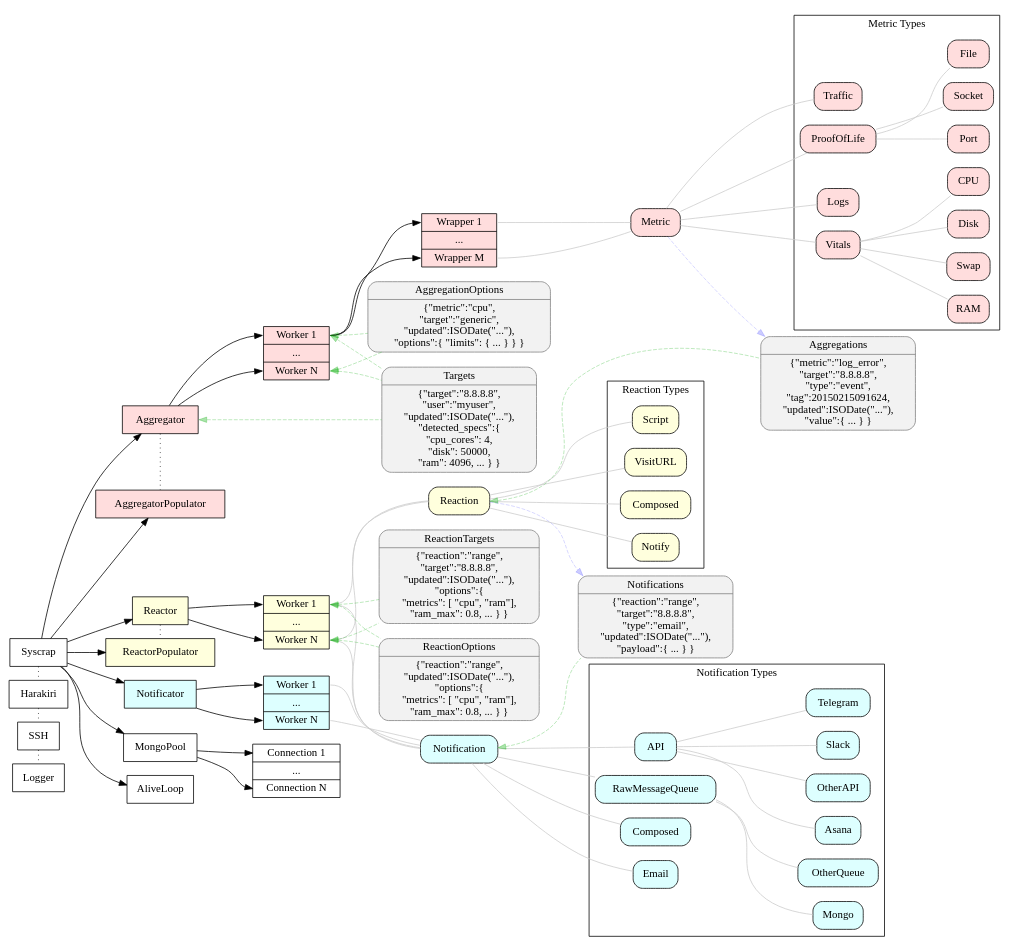
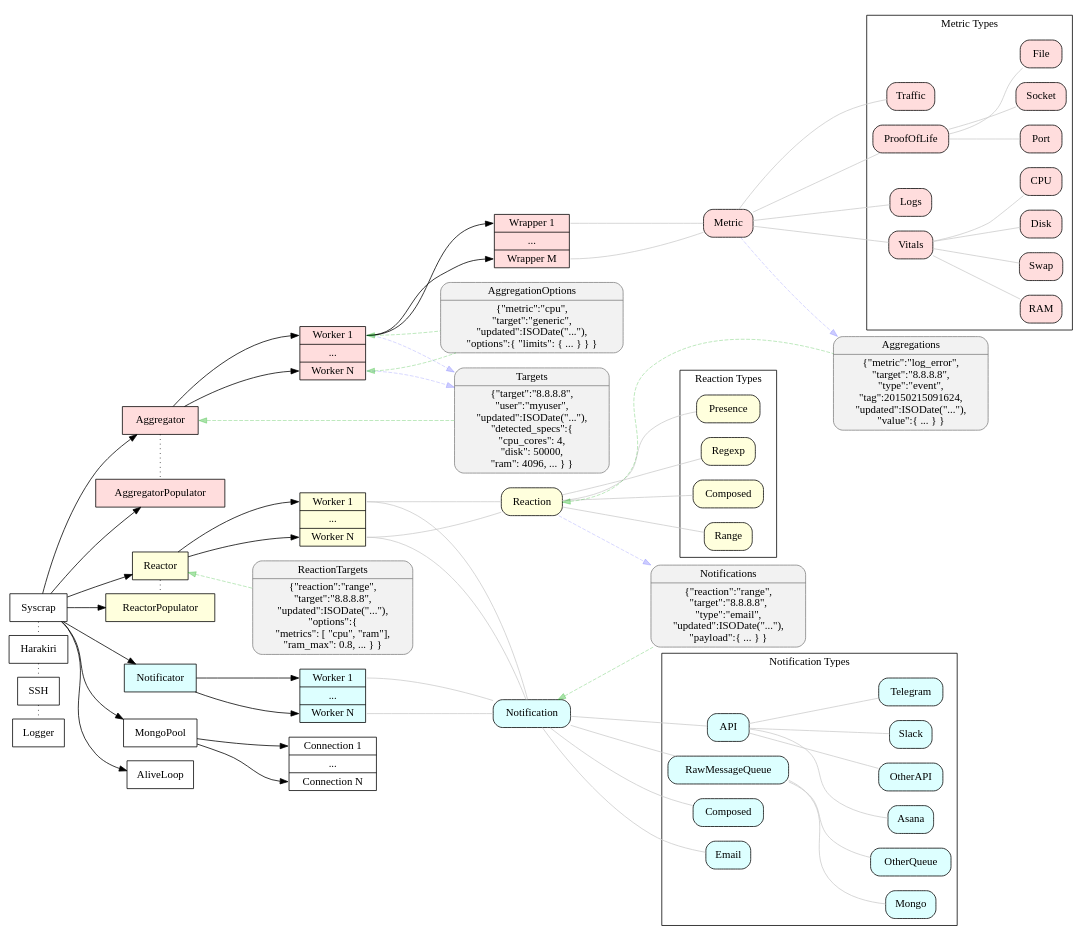
One commit to elpulgardelpanda/syscrap changed the diagram in doc/syscrap.dot. Above: the diagram before and after it, drawn with Graphviz. The commit also changed 2 other files, not shown here.

Commit message:
Remove useless ReactionOptions

```diff
--- a/doc/syscrap.dot
+++ b/doc/syscrap.dot
@@ -1,144 +1,138 @@
   # render: dot -O -Tpng syscrap.dot
   # auto-render: https://gist.github.com/rubencaro/75e7b163665b47e0094a
 digraph syscrap {
   # layout=neato;
   # splines=true;
   overlap=false;
   rankdir="LR";
   node [shape=box];
 
   # aggregation
   subgraph aggregation{
     node [style=filled,fillcolor="#ff000022"];
     {rank=same; AggregatorPopulator, Aggregator;}
     AggregatorWorker [shape=record,label="<1>Worker 1|...|<n>Worker N"];
     AggregatorWrapper [shape=record,label="<1>Wrapper 1|...|<n>Wrapper M"];
     AggregatorWorker:1 -> AggregatorWrapper:1, AggregatorWrapper:n;
     Aggregator -> AggregatorWorker:1, AggregatorWorker:n;
     Aggregator -> AggregatorPopulator [dir=none,style=dotted];
     { # namespace dependency only
       edge [dir=none,color=gray80];
       node [shape=Mrecord];
       AggregatorWrapper:1, AggregatorWrapper:n -> Metric;
       subgraph cluster_MetricTypes{
         label="Metric Types";
         Logs, Vitals, Traffic, ProofOfLife;
         Vitals -> CPU, RAM, Swap, Disk;
         ProofOfLife -> File, Port, Socket;
       }
       Metric -> Logs, Vitals, Traffic, ProofOfLife;
     }
   }
 
   # reaction
   subgraph reaction{
     node [style=filled,fillcolor="#ffff0022"];
     ReactorWorker [shape=record,label="<1>Worker 1|...|<n>Worker N"];
     {rank=same; ReactorPopulator, Reactor;}
     Reactor -> ReactorWorker:1, ReactorWorker:n;
     Reactor -> ReactorPopulator [dir=none,style=dotted];
     { # namespace dependency only
       edge [dir=none,color=gray80];
       node [shape=Mrecord];
       ComposedReactions [label="Composed"];
       subgraph cluster_ReactionTypes{
         label="Reaction Types";
-        Notify, Script, VisitURL, ComposedReactions;
+        Range, Presence, Regexp, ComposedReactions;
       }
-      Reaction -> Notify, Script, VisitURL, ComposedReactions;
+      Reaction -> Range, Presence, Regexp, ComposedReactions;
     }
     ReactorWorker:1, ReactorWorker:n -> Reaction [dir=none,color=gray80];
   }
 
   # notification
   subgraph notification{
     node [style=filled,fillcolor="#00ffff22"];
     NotificatorWorker [shape=record,label="<1>Worker 1|...|<n>Worker N"];
     Notificator -> NotificatorWorker:1, NotificatorWorker:n;
     { # namespace dependency only
       edge [dir=none,color=gray80];
       node [shape=Mrecord];
       ComposedNotifications [label="Composed"];
       subgraph cluster_NotificationTypes{
         label="Notification Types";
         Email, API, RawMessageQueue, ComposedNotifications;
         API -> Slack, Telegram, Asana, OtherAPI;
         RawMessageQueue -> Mongo, OtherQueue;
       }
       Notification -> Email, API, RawMessageQueue, ComposedNotifications;
     }
     NotificatorWorker:1, ReactorWorker:1, NotificatorWorker:n, ReactorWorker:n -> Notification [dir=none,color=gray80];
   }
 
   # db
   MongoConnection [shape=record,label="<1>Connection 1|...|<n>Connection N"];
   MongoPool -> MongoConnection:1, MongoConnection:n;
 
   { node [color=gray,fillcolor=gray95,style=filled];
     Aggregations [shape=Mrecord, label="Aggregations |
     \{\"metric\":\"log_error\",\n
     \"target\":\"8.8.8.8\",\n
     \"type\":\"event\",\n
     \"tag\":20150215091624,\n
     \"updated\":ISODate(\"...\"),\n
     \"value\":\{ ... \} \}"];
 
     Notifications [shape=Mrecord, label="Notifications |
     \{\"reaction\":\"range\",\n
     \"target\":\"8.8.8.8\",\n
     \"type\":\"email\",\n
     \"updated\":ISODate(\"...\"),\n
     \"payload\":\{ ... \} \}"];
 
     Targets [shape=Mrecord, label="Targets |
     \{\"target\":\"8.8.8.8\",\n
     \"user\":\"myuser\",\n
     \"updated\":ISODate(\"...\"),\n
     \"detected_specs\":\{\n
     \"cpu_cores\": 4,\n
     \"disk\": 50000,\n
     \"ram\": 4096, ... \} \}"];
 
     AggregationOptions [shape=Mrecord, label="AggregationOptions |
     \{\"metric\":\"cpu\",\n
     \"target\":\"generic\",\n
     \"updated\":ISODate(\"...\"),\n
     \"options\":\{ \"limits\": \{ ... \} \} \}"];
 
-    ReactionOptions [shape=Mrecord, label="ReactionOptions |
-    \{\"reaction\":\"range\",\n
-    \"updated\":ISODate(\"...\"),\n
-    \"options\":\{\n
-      \"metrics\": \[ \"cpu\", \"ram\"\],\n
-      \"ram_max\": 0.8, ... \} \}"];
-
     ReactionTargets [shape=Mrecord, label="ReactionTargets |
     \{\"reaction\":\"range\",\n
     \"target\":\"8.8.8.8\",\n
     \"updated\":ISODate(\"...\"),\n
     \"options\":\{\n
       \"metrics\": \[ \"cpu\", \"ram\"\],\n
       \"ram_max\": 0.8, ... \} \}"];
   }
 
   # DB actions
   { # read
     edge [style=dashed,dir=back,color="#00aa0055"];
     Aggregator:e -> Targets;
-    AggregatorWorker:1:e, AggregatorWorker:n:e -> AggregationOptions, Targets;
+    AggregatorWorker:1:e, AggregatorWorker:n:e -> AggregationOptions;
     Notification -> Notifications;
     Reaction -> Aggregations;
-    ReactorWorker:1:e, ReactorWorker:n:e -> ReactionOptions, ReactionTargets;
+    Reactor -> ReactionTargets;
   }
   { # write
     edge [style=dashed,color="#0000ff33"];
+    AggregatorWorker:1:e, AggregatorWorker:n:e -> Targets;
     Metric -> Aggregations;
     Reaction -> Notifications;
   }
 
   {rank=same; Syscrap -> Harakiri -> SSH -> Logger [dir=none,style=dotted];}
 
   # {rank=same; AggregatorPopulator, Aggregator, ReactorPopulator, Reactor, Notificator, AliveLoop, MongoPool;}
 
   Syscrap -> AggregatorPopulator, Aggregator, ReactorPopulator, Reactor, Notificator, AliveLoop, MongoPool;
 }
```
